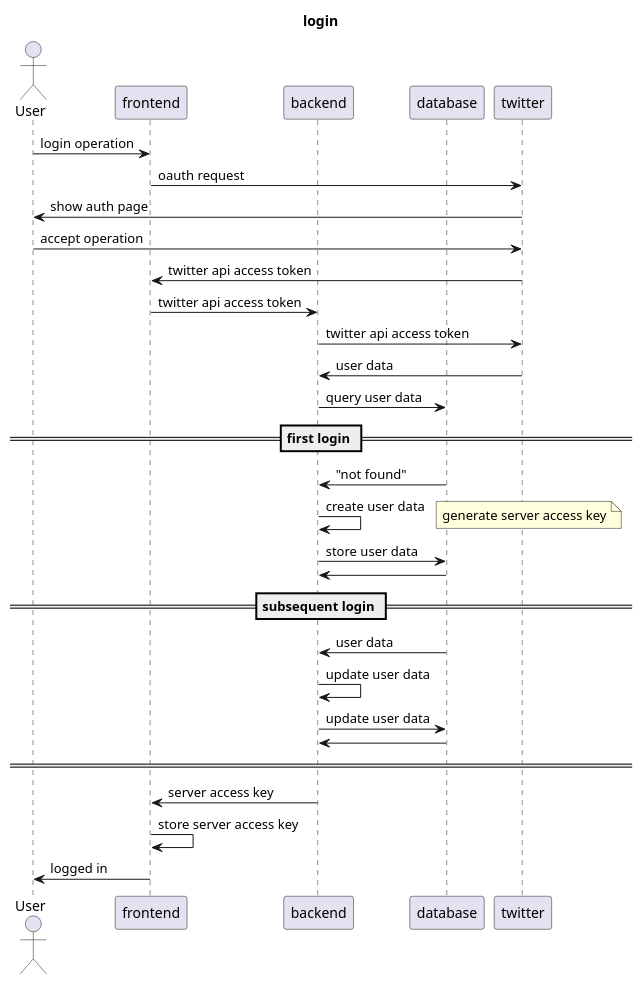
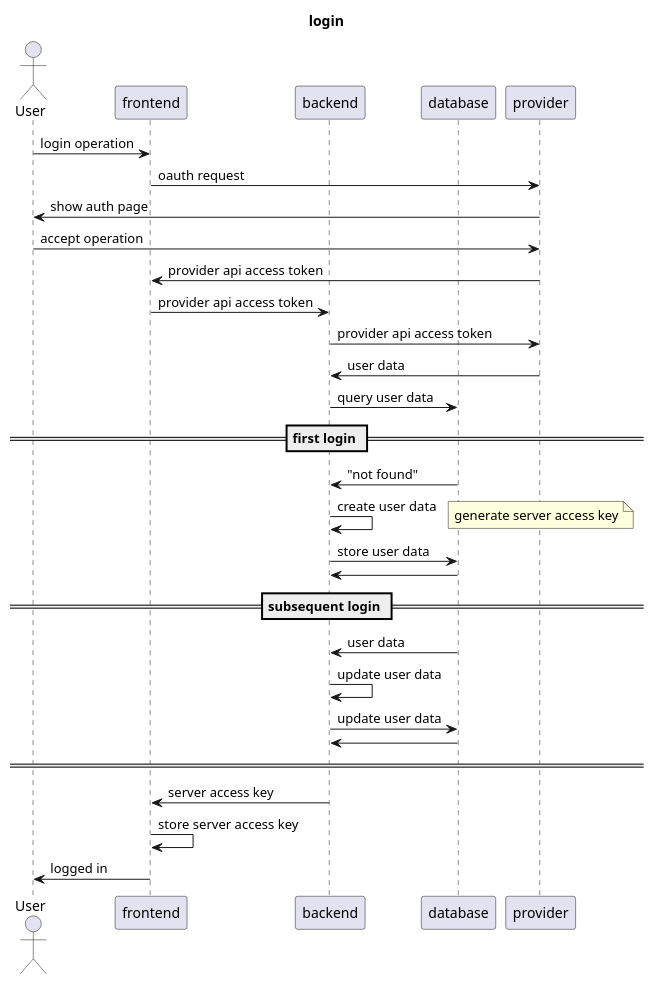
The diagram in docs/seq_login.puml (asagi/moe3-server-py), drawn with PlantUML before and after one commit.

Commit message:
docs(spec): update oauth login seqence diagram

```diff
--- a/docs/seq_login.puml
+++ b/docs/seq_login.puml
@@ -1,37 +1,37 @@
 @startuml seq_login
 title login
 
 actor User
 Participant frontend as FE
 Participant backend as BE
 Participant database as DB
-Participant twitter as TW
+Participant provider as OP
 
 User -> FE : login operation
-    FE -> TW : oauth request
-        TW -> User : show auth page
-        User -> TW : accept operation
-    TW -> FE : twitter api access token
-    FE -> BE : twitter api access token
-        BE -> TW : twitter api access token
-        TW -> BE : user data
+    FE -> OP : oauth request
+        OP -> User : show auth page
+        User -> OP : accept operation
+    OP -> FE : provider api access token
+    FE -> BE : provider api access token
+        BE -> OP : provider api access token
+        OP -> BE : user data
         BE -> DB : query user data
 == first login ==
         DB -> BE : "not found"
         BE -> BE : create user data
             note right
                 generate server access key
             end note
         BE -> DB : store user data
         DB -> BE :
 == subsequent login ==
         DB -> BE : user data
         BE -> BE : update user data
         BE -> DB : update user data
         DB -> BE :
 == ==
     BE -> FE : server access key
     FE -> FE : store server access key
 FE -> User : logged in
 
 @enduml
```
